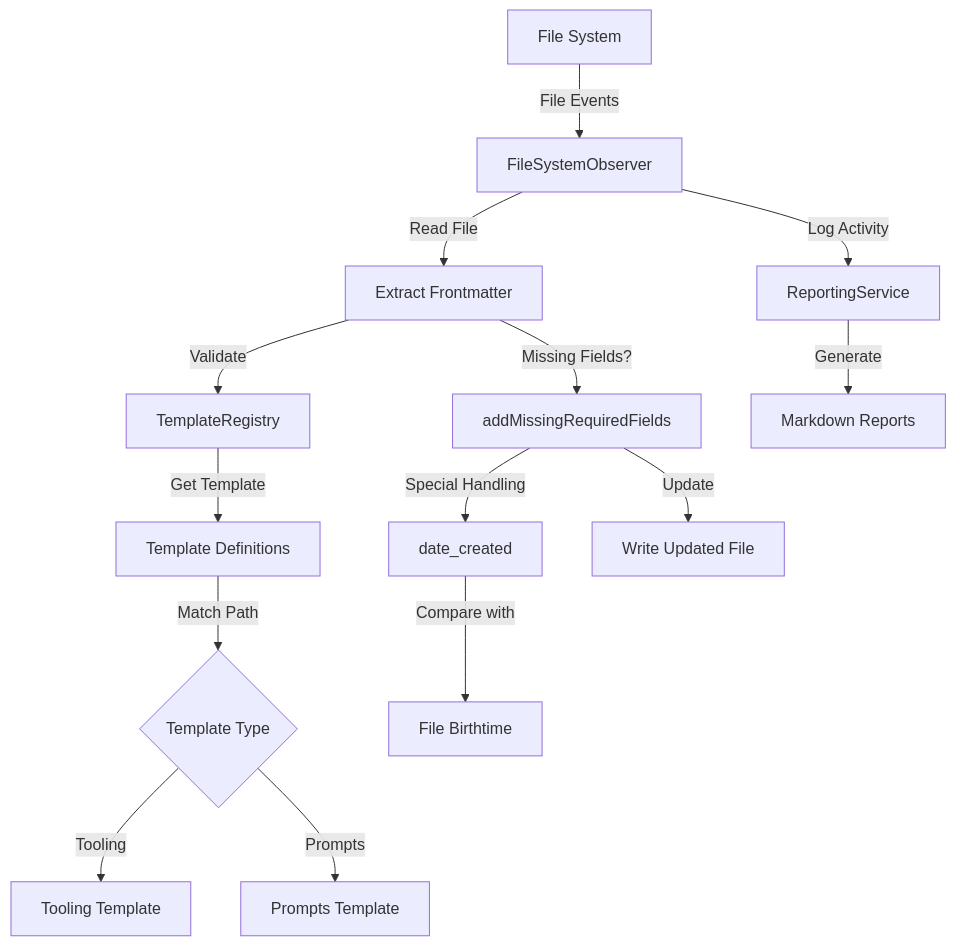
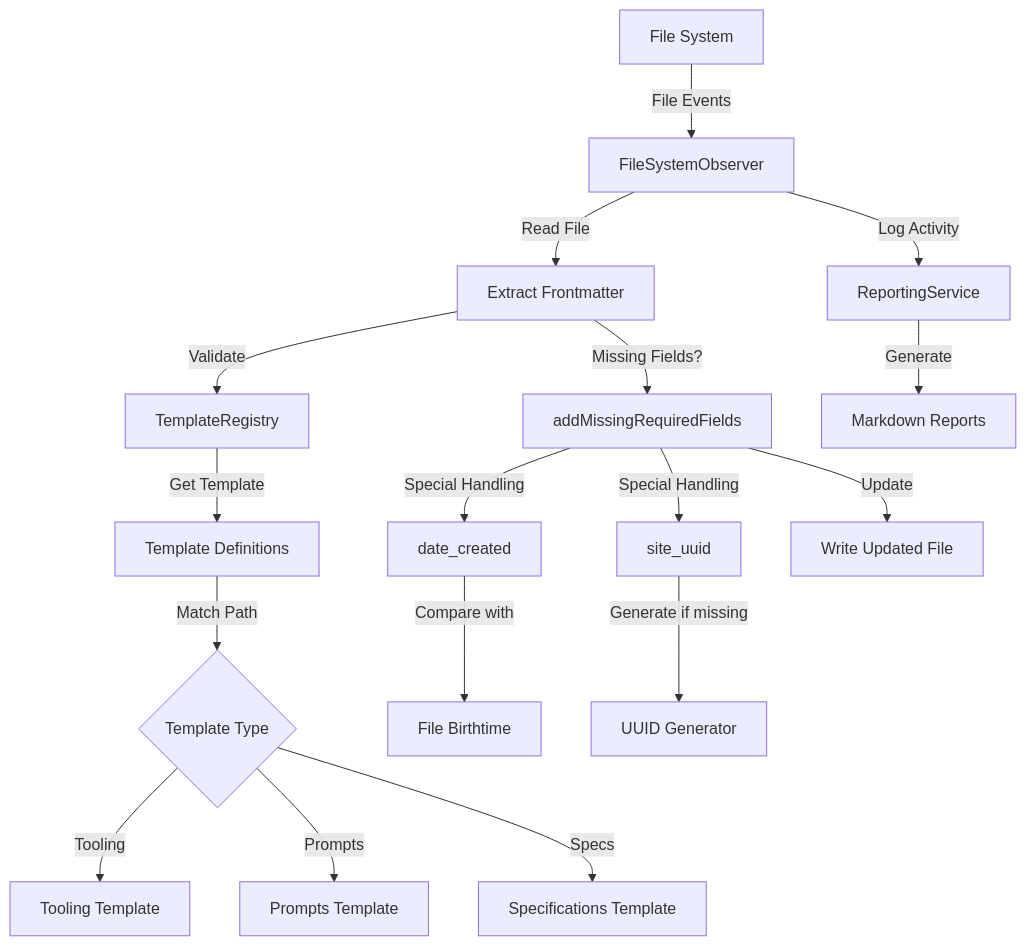
One commit to lossless-group/lossless-content changed the diagram in lost-in-public/prompts/data-integrity/Enhanced-Filesystem-Observer-with-Prompts-Support.md. Above: the diagram before and after it, drawn with Mermaid. The commit also changed other lines of this file and 199 other files, not shown here.

````diff
--- a/lost-in-public/prompts/data-integrity/Enhanced-Filesystem-Observer-with-Prompts-Support.md
+++ b/lost-in-public/prompts/data-integrity/Enhanced-Filesystem-Observer-with-Prompts-Support.md
@@ -37,16 +42,19 @@
 ```mermaid
 graph TD
     A[File System] -->|File Events| B[FileSystemObserver]
     B -->|Read File| C[Extract Frontmatter]
     C -->|Validate| D[TemplateRegistry]
     D -->|Get Template| E[Template Definitions]
     E -->|Match Path| F{Template Type}
     F -->|Tooling| G[Tooling Template]
     F -->|Prompts| H[Prompts Template]
-    C -->|Missing Fields?| I[addMissingRequiredFields]
-    I -->|Special Handling| J[date_created]
-    J -->|Compare with| K[File Birthtime]
-    I -->|Update| L[Write Updated File]
-    B -->|Log Activity| M[ReportingService]
-    M -->|Generate| N[Markdown Reports]
+    F -->|Specs| I[Specifications Template]
+    C -->|Missing Fields?| J[addMissingRequiredFields]
+    J -->|Special Handling| K[date_created]
+    K -->|Compare with| L[File Birthtime]
+    J -->|Special Handling| M[site_uuid]
+    M -->|Generate if missing| N[UUID Generator]
+    J -->|Update| O[Write Updated File]
+    B -->|Log Activity| P[ReportingService]
+    P -->|Generate| Q[Markdown Reports]
 ```
````
